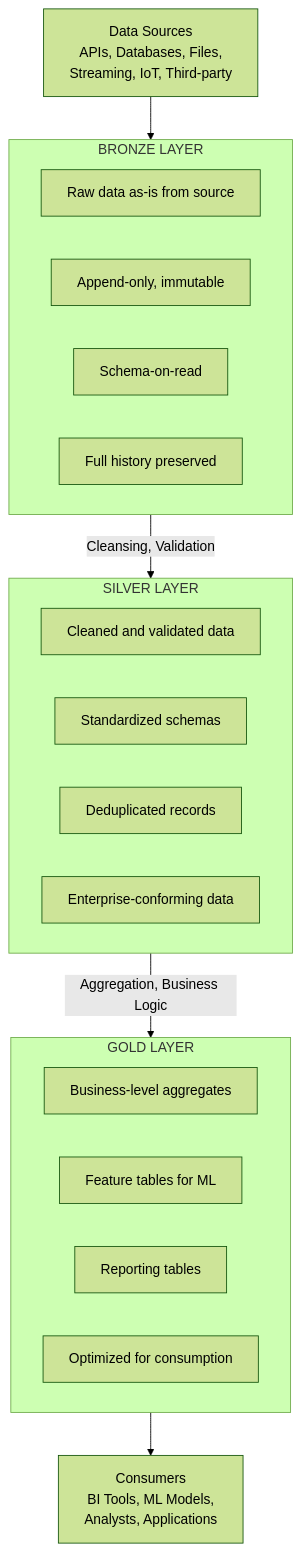
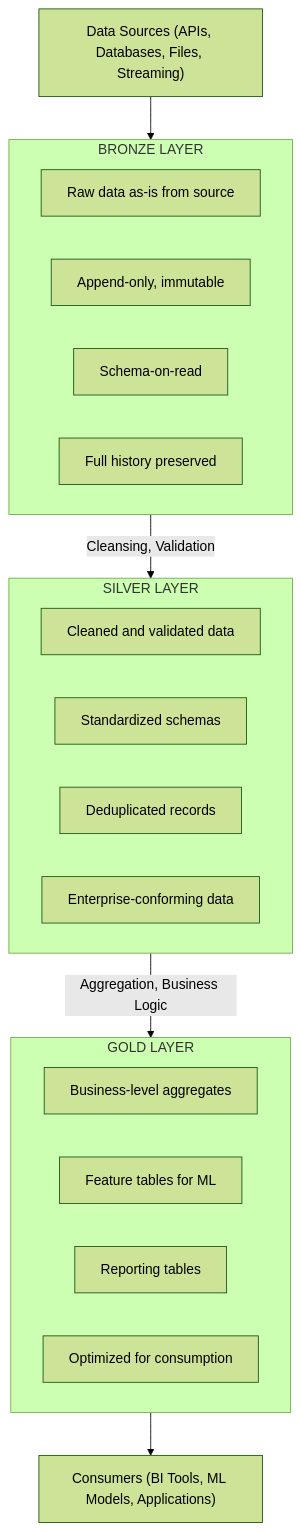
Before and after one commit to kengio/databricks-certification-study-guide: the first of 2 diagrams in shared/fundamentals/medallion-architecture.md, drawn with Mermaid (forest theme). The commit also changed other lines of this file and 47 other files, not shown here.

````diff
--- a/shared/fundamentals/medallion-architecture.md
+++ b/shared/fundamentals/medallion-architecture.md
@@ -7,32 +16,32 @@
 ```mermaid
 flowchart TB
-    Sources[Data Sources<br/>APIs, Databases, Files,<br/>Streaming, IoT, Third-party]
+    Sources["Data Sources (APIs, Databases, Files, Streaming)"]
 
     subgraph Bronze["BRONZE LAYER"]
         B1[Raw data as-is from source]
         B2[Append-only, immutable]
         B3[Schema-on-read]
         B4[Full history preserved]
     end
 
     subgraph Silver["SILVER LAYER"]
         S1[Cleaned and validated data]
         S2[Standardized schemas]
         S3[Deduplicated records]
         S4[Enterprise-conforming data]
     end
 
     subgraph Gold["GOLD LAYER"]
         G1[Business-level aggregates]
         G2[Feature tables for ML]
         G3[Reporting tables]
         G4[Optimized for consumption]
     end
 
-    Consumers[Consumers<br/>BI Tools, ML Models,<br/>Analysts, Applications]
+    Consumers["Consumers (BI Tools, ML Models, Applications)"]
 
     Sources --> Bronze
     Bronze -->|Cleansing, Validation| Silver
     Silver -->|Aggregation, Business Logic| Gold
     Gold --> Consumers
 ```
````
